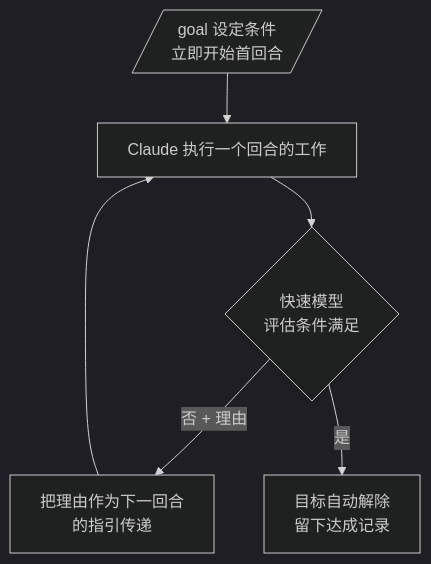
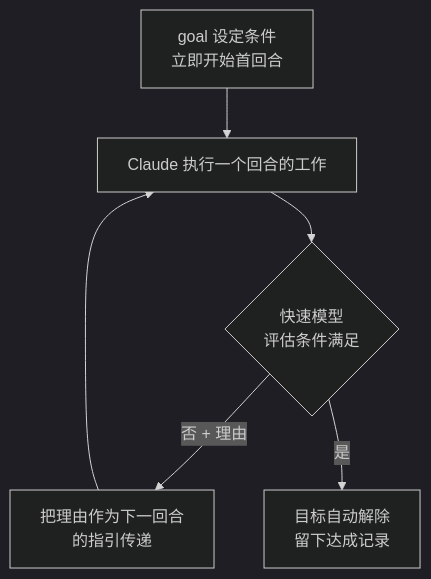
One commit to modu-ai/moai-adk changed the diagram in docs-site/content/zh/claude-code/agentic/goal.md. Above: the diagram before and after it, drawn with Mermaid (dark theme). The commit also changed 86 other files, not shown here.

First line of the commit message:
docs(ossdocs): v3.1.1 doc-gap landing — 13-page x4-locale + mermaid fixes + version sync + backend-mix

````diff
--- a/docs-site/content/zh/claude-code/agentic/goal.md
+++ b/docs-site/content/zh/claude-code/agentic/goal.md
@@ -34,8 +34,8 @@
 ```mermaid
 flowchart TD
-    A[/goal 设定条件<br>立即开始首回合/] --> B[Claude 执行一个回合的工作]
+    A["goal 设定条件<br>立即开始首回合"] --> B[Claude 执行一个回合的工作]
     B --> C{快速模型<br>评估条件满足}
     C -->|否 + 理由| D[把理由作为下一回合<br>的指引传递]
     D --> B
     C -->|是| E[目标自动解除<br>留下达成记录]
 ```
````
